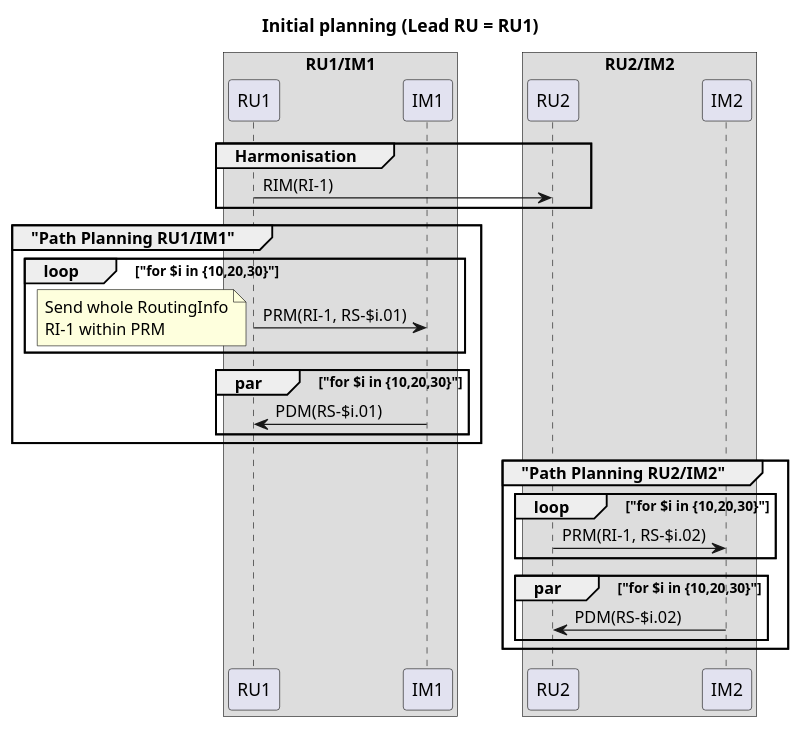
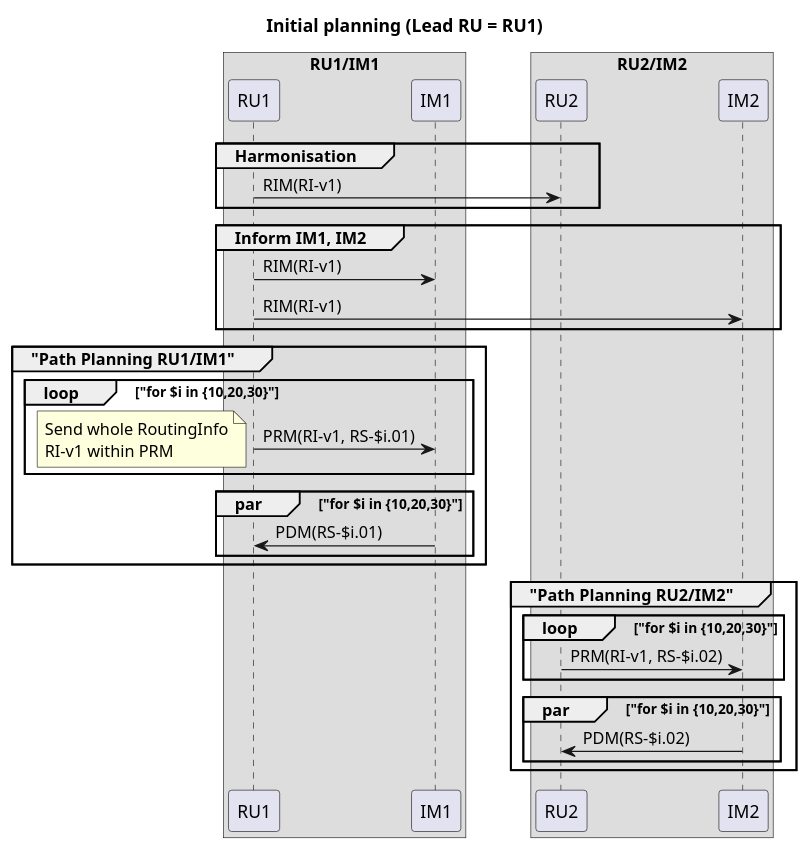
One commit to monora/tom changed the diagram in docs/uml/rp-10-initial-setup.puml. Above: the diagram before and after it, drawn with PlantUML. The commit also changed 26 other files, not shown here.

```diff
--- a/docs/uml/rp-10-initial-setup.puml
+++ b/docs/uml/rp-10-initial-setup.puml
@@ -1,35 +1,39 @@
 title Initial planning (Lead RU = RU1)
 skinparam BoxPadding 25
 
 box "RU1/IM1"
     participant RU1 order 10
     participant IM1 order 20
 end box
 box "RU2/IM2"
     participant RU2 order 40
     participant IM2 order 50
 end box
 
 group Harmonisation
-    RU1 -> RU2: RIM(RI-1)
+    RU1 -> RU2: RIM(RI-v1)
+end
+group Inform IM1, IM2
+    RU1 -> IM1: RIM(RI-v1)
+    RU1 -> IM2: RIM(RI-v1)
 end
 group "Path Planning RU1/IM1"
     loop "for $i in {10,20,30}"
-        RU1 -> IM1: PRM(RI-1, RS-$i.01)
+        RU1 -> IM1: PRM(RI-v1, RS-$i.01)
         note left
             Send whole RoutingInfo
-            RI-1 within PRM
+            RI-v1 within PRM
         end note
     end
     par "for $i in {10,20,30}"
         IM1 -> RU1: PDM(RS-$i.01)
     end
 end
 group "Path Planning RU2/IM2"
     loop "for $i in {10,20,30}"
-        RU2 -> IM2: PRM(RI-1, RS-$i.02)
+        RU2 -> IM2: PRM(RI-v1, RS-$i.02)
     end
     par "for $i in {10,20,30}"
         IM2 -> RU2: PDM(RS-$i.02)
     end
 end
```
